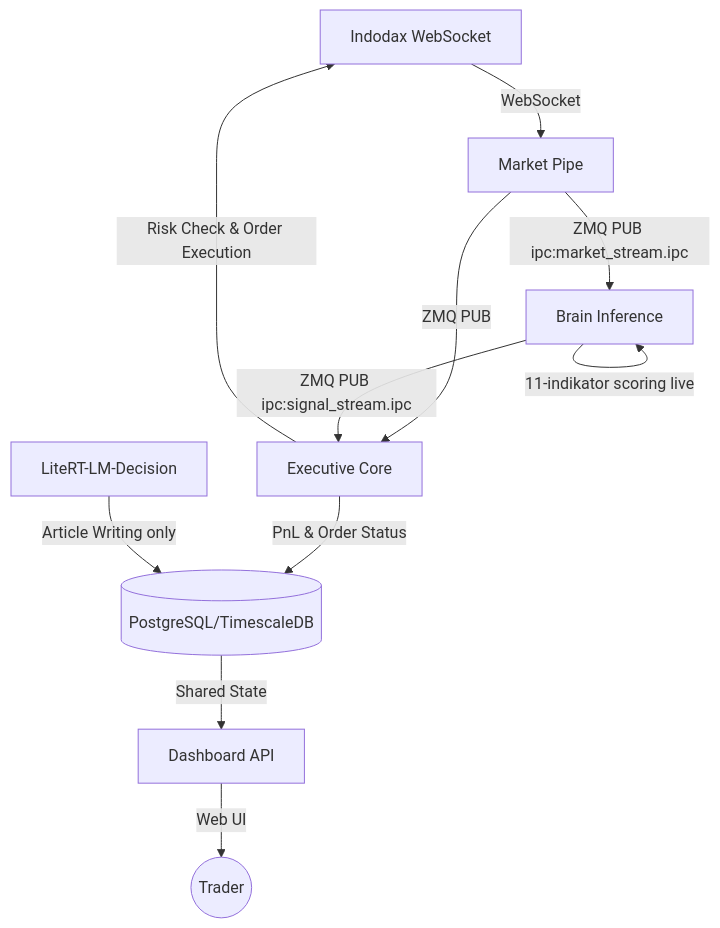
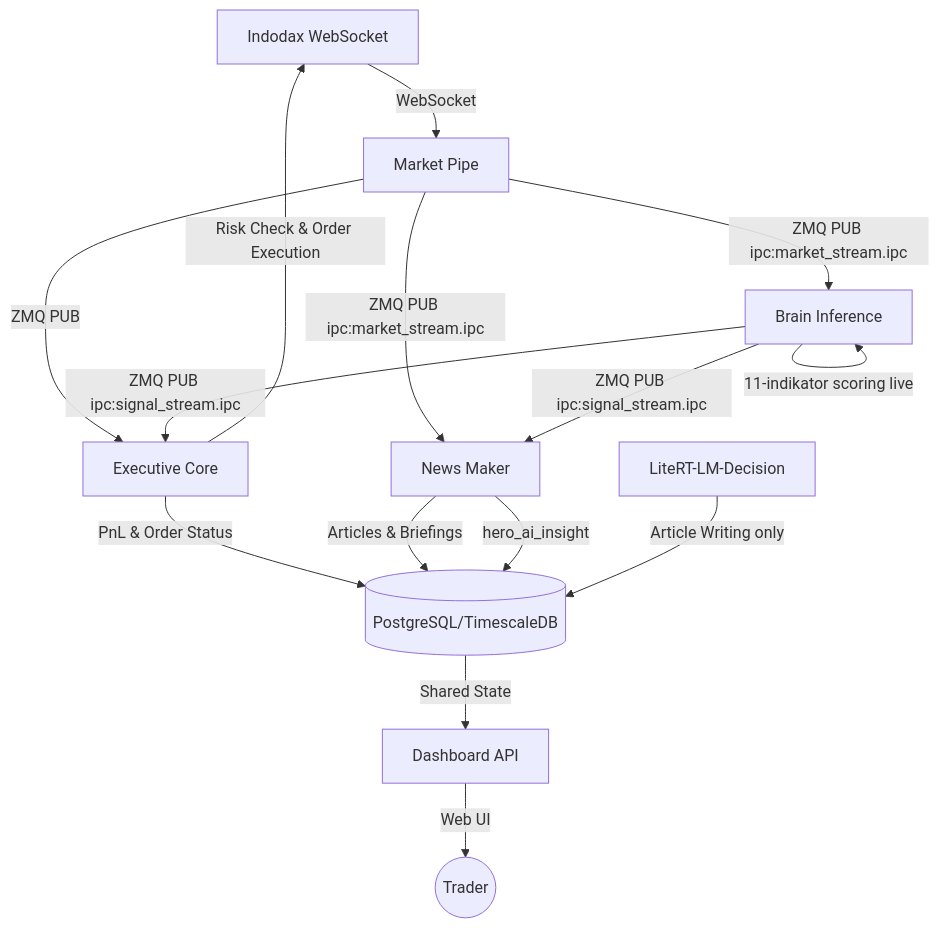
The diagram in README.md (masterchan234/algovibe), drawn with Mermaid before and after one commit. The commit also changed other lines of this file and 2 other files, not shown here.

Commit message:
feat: Update README.md and scripts to enhance news generation features and improve timeout settings

````diff
--- a/README.md
+++ b/README.md
@@ -22,18 +23,23 @@
 ```mermaid
 graph TD
     ID[Indodax WebSocket] -- WebSocket --> MP[Market Pipe]
     MP -- ZMQ PUB ipc:market_stream.ipc --> BI[Brain Inference]
+    MP -- ZMQ PUB ipc:market_stream.ipc --> NM[News Maker]
     MP -- ZMQ PUB --> EC[Executive Core]
 
     BI -- in-memory price history --> BI
     BI -- 11-indikator scoring live --> BI
     BI -- ZMQ PUB ipc:signal_stream.ipc --> EC
+    BI -- ZMQ PUB ipc:signal_stream.ipc --> NM
 
     EC -- Risk Check & Order Execution --> ID
     EC -- PnL & Order Status --> DB[(PostgreSQL/TimescaleDB)]
+
+    NM -- Articles & Briefings --> DB
+    NM -- hero_ai_insight --> DB
 
     DB -- Shared State --> DA[Dashboard API]
     DA -- Web UI --> User((Trader))
 
     LLM[LiteRT-LM-Decision] -- Article Writing only --> DB
 ```
````
